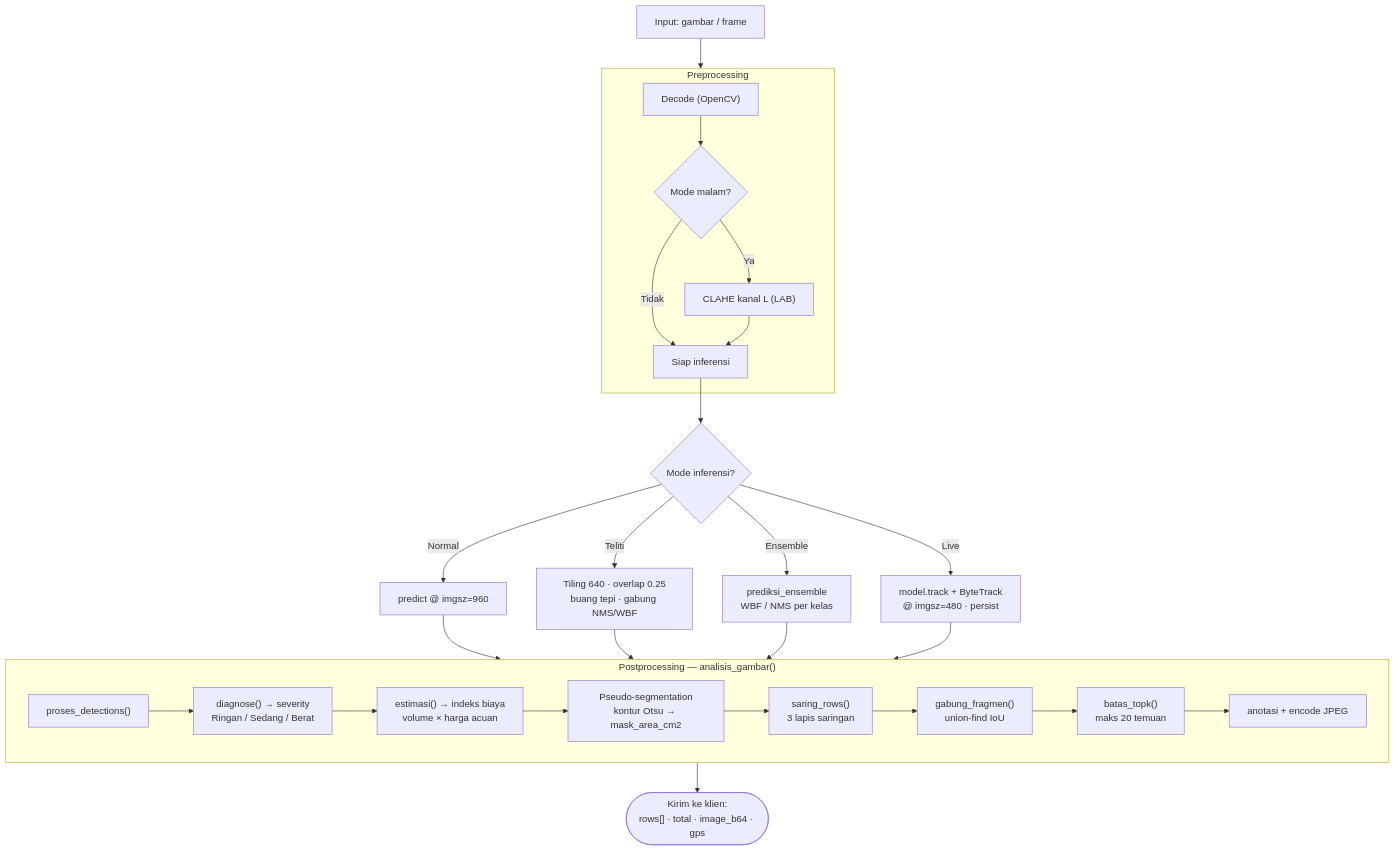
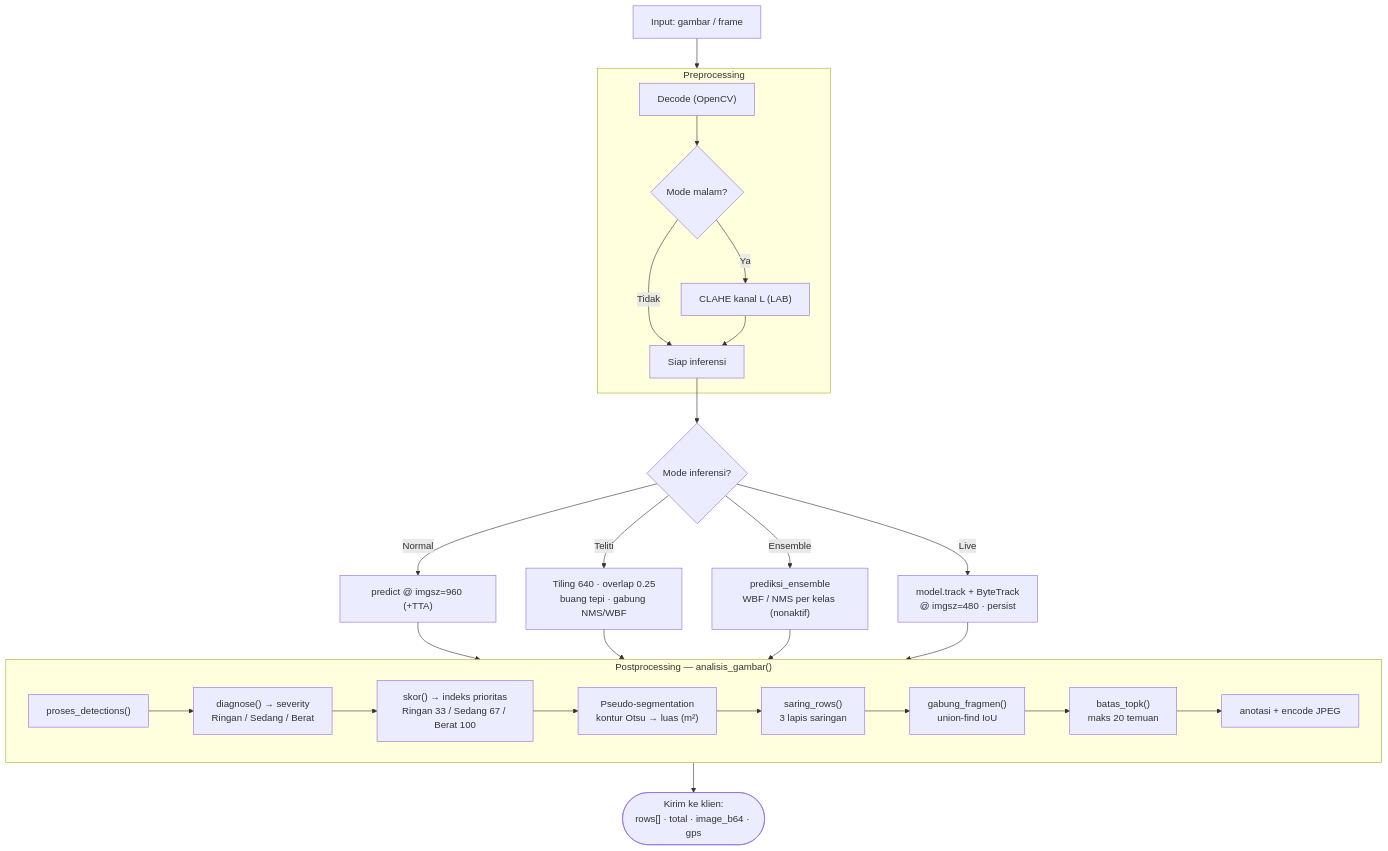
Before and after one commit to rachmatx/jalan-pantau: the fifth of 6 diagrams in docs/User-Flow.md, drawn with Mermaid. The commit also changed other lines of this file and 12 other files, not shown here.

````diff
--- a/docs/User-Flow.md
+++ b/docs/User-Flow.md
@@ -404,37 +257,37 @@
 ```mermaid
 flowchart TD
     IN["Input: gambar / frame"] --> PRE
 
     subgraph PRE ["Preprocessing"]
         DECODE["Decode (OpenCV)"]
         DECODE --> MALAM{"Mode malam?"}
         MALAM -->|Ya| CLAHE["CLAHE kanal L (LAB)"]
         MALAM -->|Tidak| LANJUT
         CLAHE --> LANJUT["Siap inferensi"]
     end
 
     LANJUT --> MODE{"Mode inferensi?"}
 
-    MODE -->|Normal| NORMAL["predict @ imgsz=960"]
+    MODE -->|Normal| NORMAL["predict @ imgsz=960 (+TTA)"]
     MODE -->|Teliti| TELITI["Tiling 640 · overlap 0.25<br/>buang tepi · gabung NMS/WBF"]
-    MODE -->|Ensemble| ENSEMBLE["prediksi_ensemble<br/>WBF / NMS per kelas"]
+    MODE -->|Ensemble| ENSEMBLE["prediksi_ensemble<br/>WBF / NMS per kelas (nonaktif)"]
     MODE -->|Live| LIVE["model.track + ByteTrack<br/>@ imgsz=480 · persist"]
 
     NORMAL --> HASIL
     TELITI --> HASIL
     ENSEMBLE --> HASIL
     LIVE --> HASIL
 
     subgraph HASIL ["Postprocessing — analisis_gambar()"]
         H1["proses_detections()"]
         H1 --> H2["diagnose() → severity<br/>Ringan / Sedang / Berat"]
-        H2 --> H3["estimasi() → indeks biaya<br/>volume × harga acuan"]
-        H3 --> H4["Pseudo-segmentation<br/>kontur Otsu → mask_area_cm2"]
+        H2 --> H3["skor() → indeks prioritas<br/>Ringan 33 / Sedang 67 / Berat 100"]
+        H3 --> H4["Pseudo-segmentation<br/>kontur Otsu → luas (m²)"]
         H4 --> H5["saring_rows()<br/>3 lapis saringan"]
         H5 --> H6["gabung_fragmen()<br/>union-find IoU"]
         H6 --> H7["batas_topk()<br/>maks 20 temuan"]
         H7 --> H8["anotasi + encode JPEG"]
     end
 
     HASIL --> OUT(["Kirim ke klien:<br/>rows[] · total · image_b64 · gps"])
 ```
````
